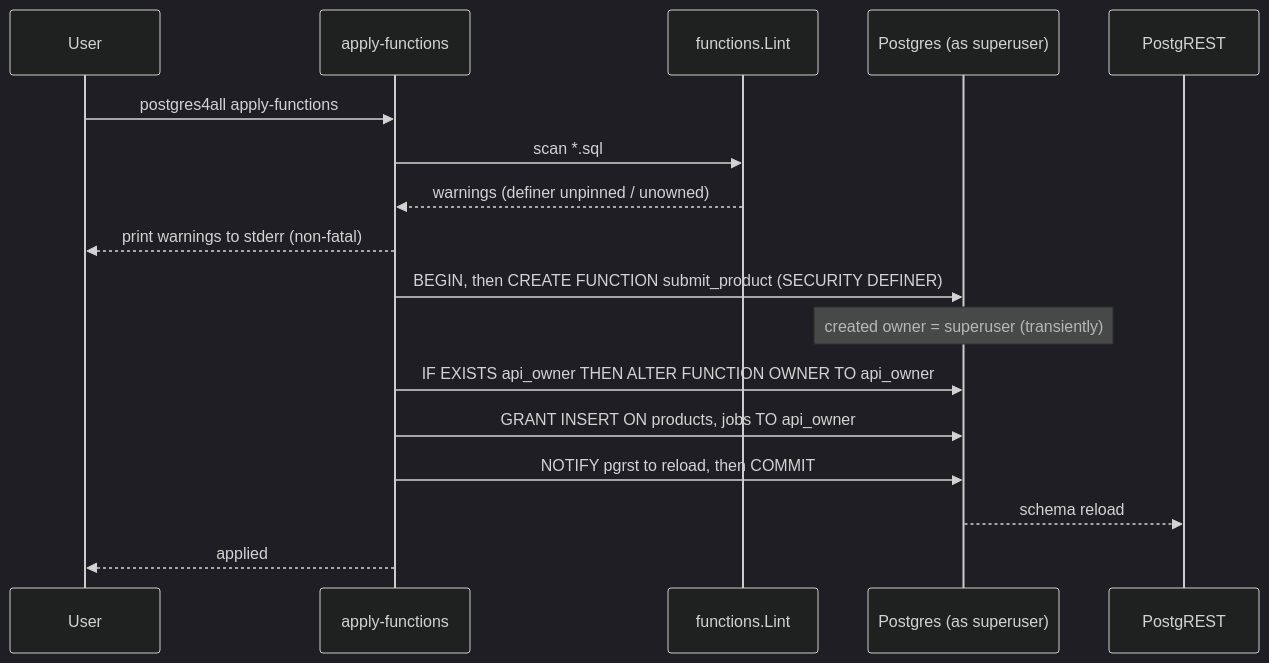
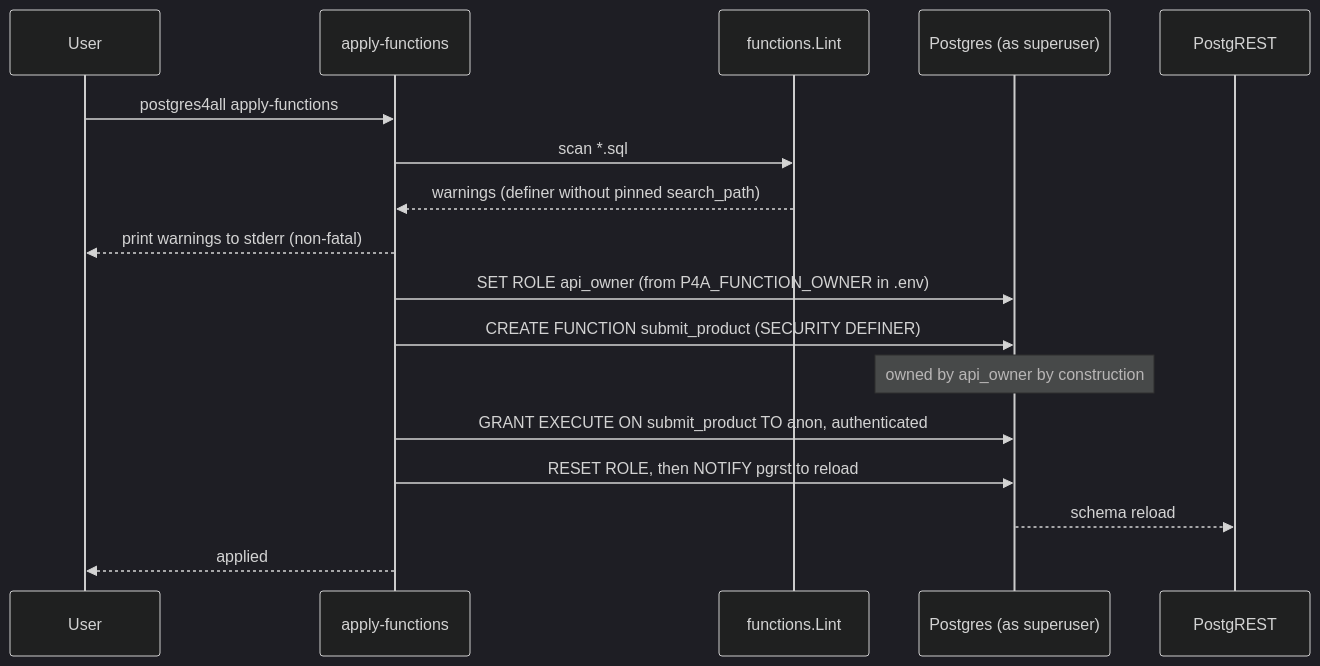
Before and after one commit to Havoc24k/Postgres4all: the third of 4 diagrams in docs/superpowers/specs/2026-06-04-security-definer-owner-design.md, drawn with Mermaid (dark theme). The commit also changed other lines of this file and 3 other files, not shown here.

First line of the commit message:
feat(update+spec): api_owner CREATE/DML parity in update delta; revise spec

````diff
--- a/docs/superpowers/specs/2026-06-04-security-definer-owner-design.md
+++ b/docs/superpowers/specs/2026-06-04-security-definer-owner-design.md
@@ -115,20 +131,20 @@
 ```mermaid
 sequenceDiagram
     participant User
     participant CLI as apply-functions
     participant Lint as functions.Lint
     participant DB as Postgres (as superuser)
     participant PostgREST
 
     User->>CLI: postgres4all apply-functions
     CLI->>Lint: scan *.sql
-    Lint-->>CLI: warnings (definer unpinned / unowned)
+    Lint-->>CLI: warnings (definer without pinned search_path)
     CLI-->>User: print warnings to stderr (non-fatal)
-    CLI->>DB: BEGIN, then CREATE FUNCTION submit_product (SECURITY DEFINER)
-    Note over DB: created owner = superuser (transiently)
-    CLI->>DB: IF EXISTS api_owner THEN ALTER FUNCTION OWNER TO api_owner
-    CLI->>DB: GRANT INSERT ON products, jobs TO api_owner
-    CLI->>DB: NOTIFY pgrst to reload, then COMMIT
+    CLI->>DB: SET ROLE api_owner (from P4A_FUNCTION_OWNER in .env)
+    CLI->>DB: CREATE FUNCTION submit_product (SECURITY DEFINER)
+    Note over DB: owned by api_owner by construction
+    CLI->>DB: GRANT EXECUTE ON submit_product TO anon, authenticated
+    CLI->>DB: RESET ROLE, then NOTIFY pgrst to reload
     DB-->>PostgREST: schema reload
     CLI-->>User: applied
 ```
````
